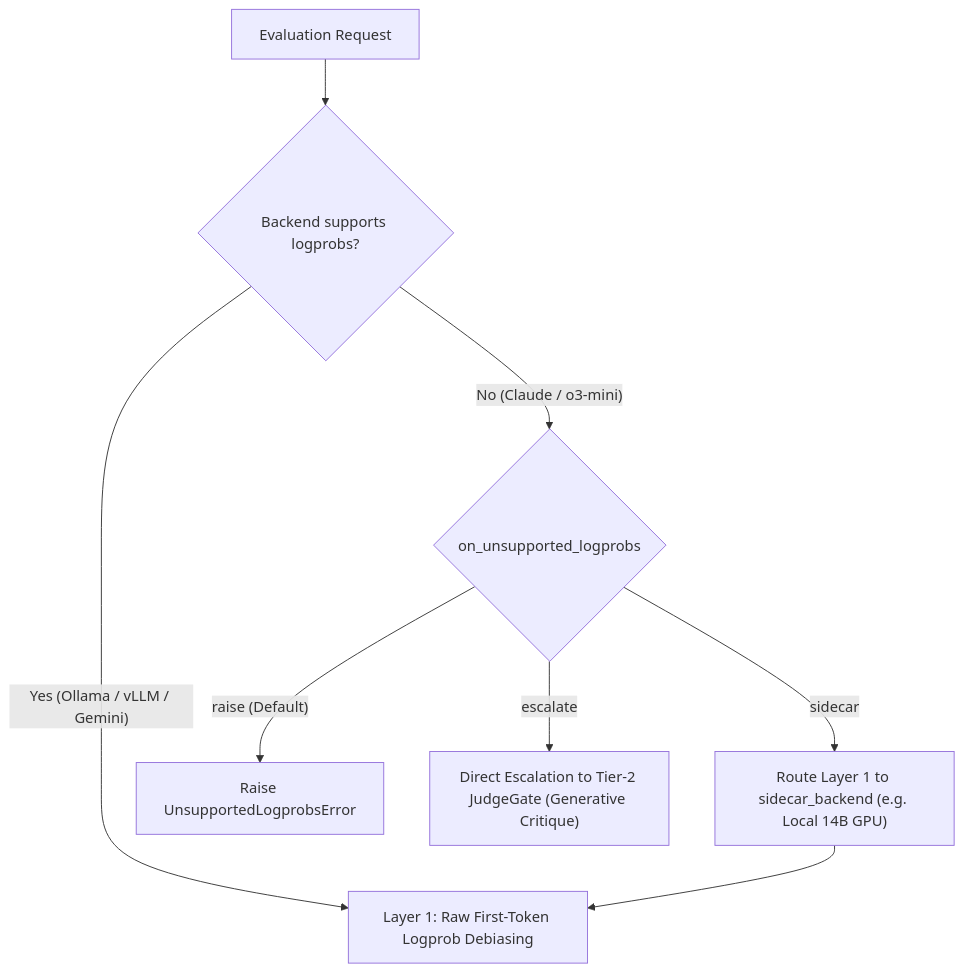
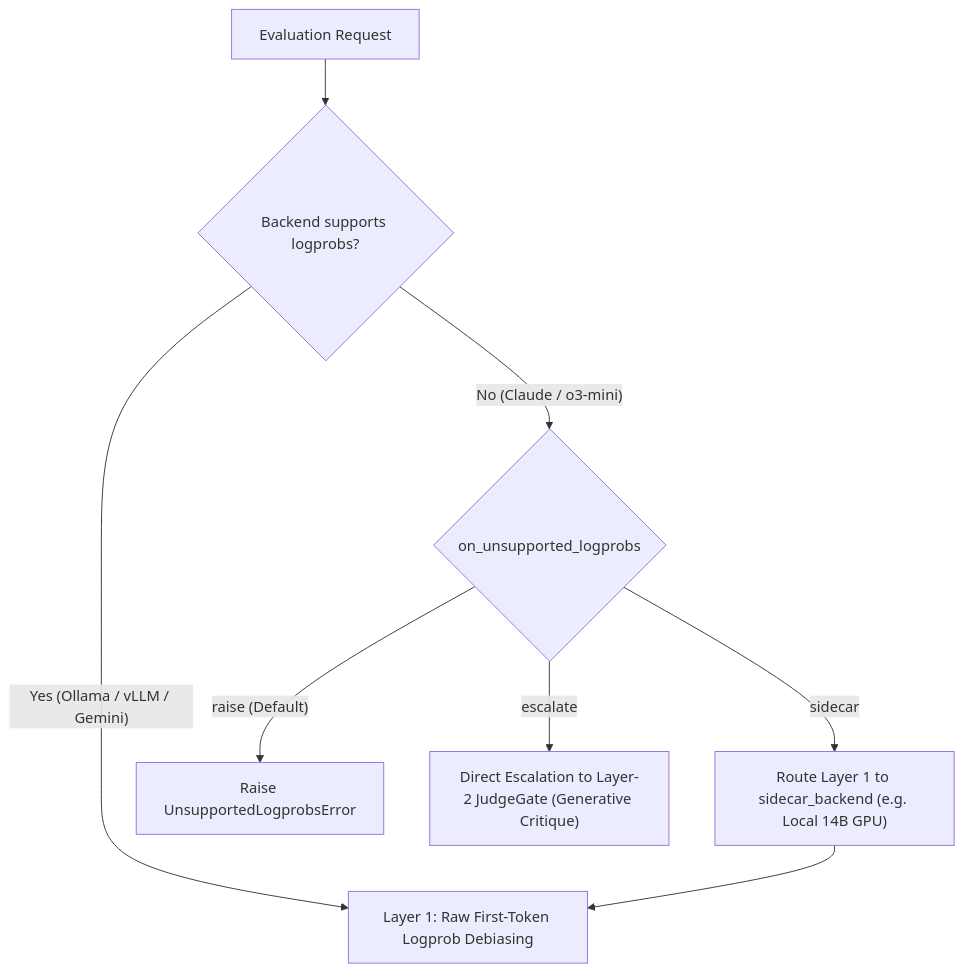
Before and after one commit to jasonbdly/LogitGate: the fourth of 7 diagrams in docs/architecture.md, drawn with Mermaid. The commit also changed other lines of this file and 24 other files, not shown here.

````diff
--- a/docs/architecture.md
+++ b/docs/architecture.md
@@ -396,11 +390,11 @@
 ```mermaid
 flowchart TD
     req["Evaluation Request"] --> check{"Backend supports logprobs?"}
     check -->|"Yes (Ollama / vLLM / Gemini)"| L1["Layer 1: Raw First-Token Logprob Debiasing"]
     check -->|"No (Claude / o3-mini)"| policy{"on_unsupported_logprobs"}
     
     policy -->|"raise (Default)"| err["Raise UnsupportedLogprobsError"]
-    policy -->|"escalate"| L2["Direct Escalation to Tier-2 JudgeGate (Generative Critique)"]
+    policy -->|"escalate"| L2["Direct Escalation to Layer-2 JudgeGate (Generative Critique)"]
     policy -->|"sidecar"| sidecar["Route Layer 1 to sidecar_backend (e.g. Local 14B GPU)"]
     sidecar --> L1
 ```
````
